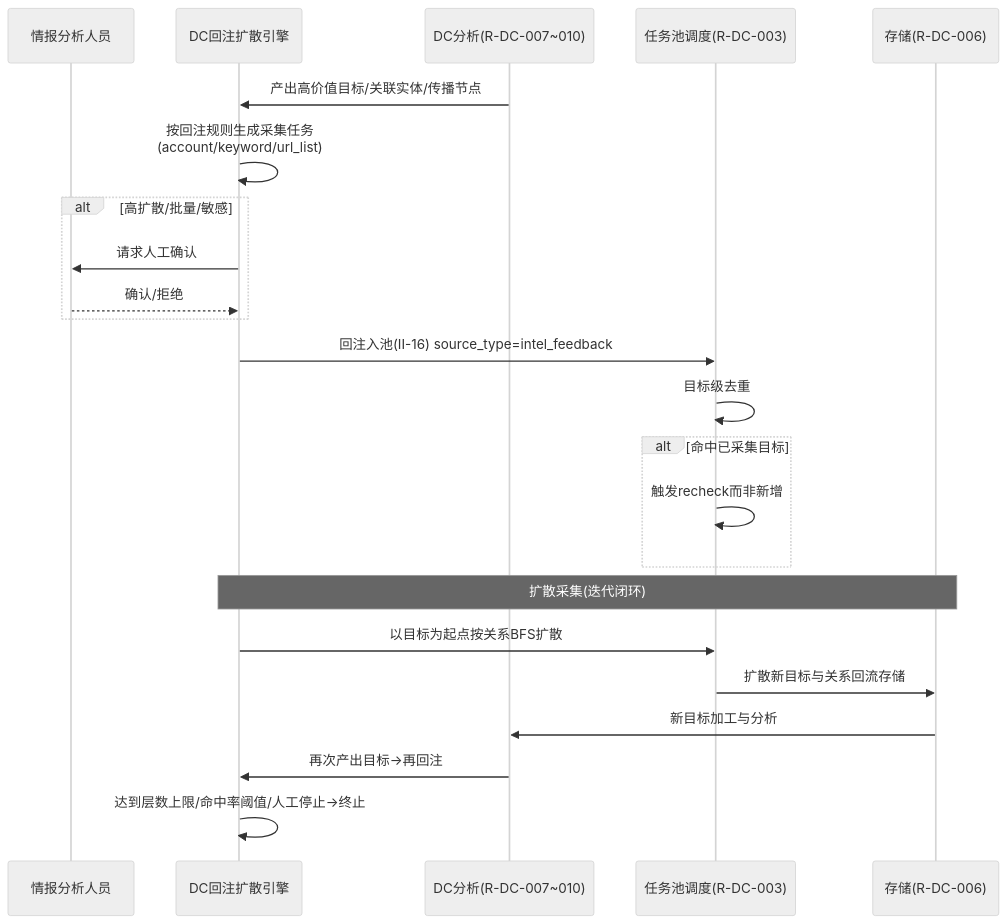
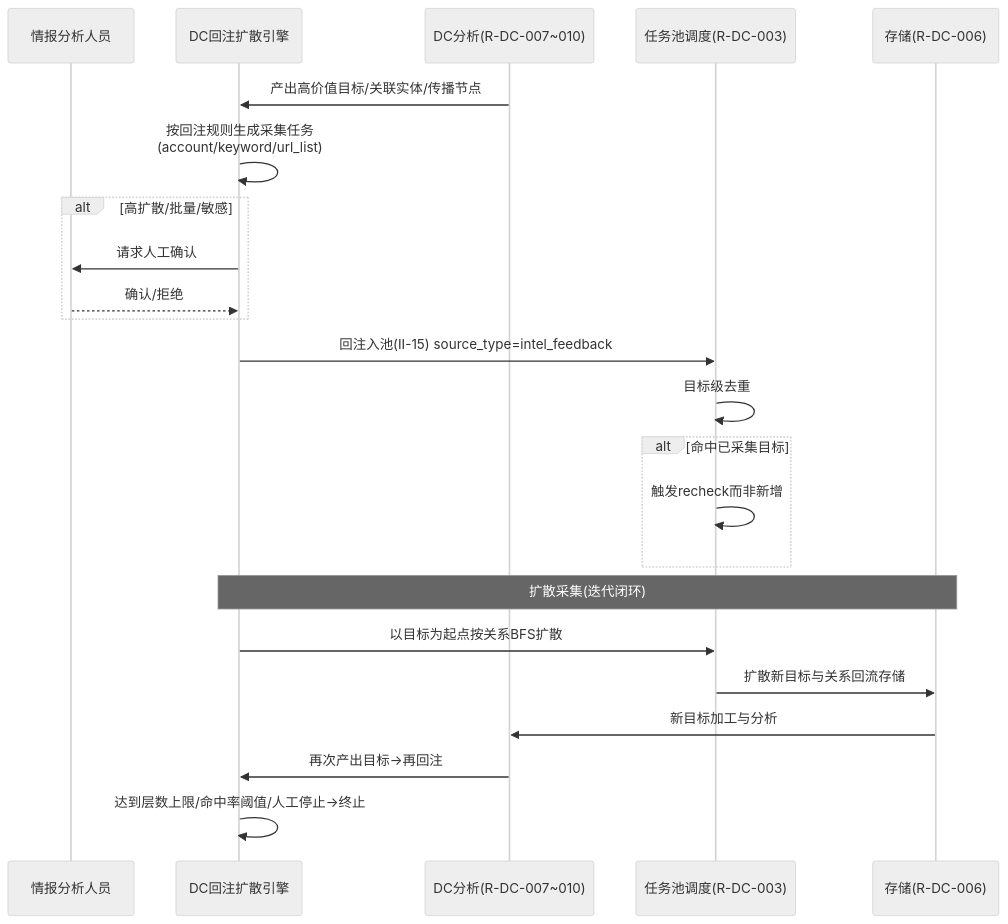
One commit to Sj-g/obsidian changed the eighth of 15 diagrams in 公司项目/认知作战/文档/软件需求规格说明.md. Above: the diagram before and after it, drawn with Mermaid (neutral theme). The commit also changed other lines of this file, not shown here.

````diff
--- a/公司项目/认知作战/文档/软件需求规格说明.md
+++ b/公司项目/认知作战/文档/软件需求规格说明.md
@@ -799,25 +799,25 @@
 ```mermaid
 sequenceDiagram
   participant 分析员 as 情报分析人员
   participant DC as DC回注扩散引擎
   participant 分析 as DC分析(R-DC-007~010)
   participant 任务池 as 任务池调度(R-DC-003)
   participant 存储 as 存储(R-DC-006)
   分析->>DC: 产出高价值目标/关联实体/传播节点
   DC->>DC: 按回注规则生成采集任务<br/>(account/keyword/url_list)
   alt 高扩散/批量/敏感
     DC->>分析员: 请求人工确认
     分析员-->>DC: 确认/拒绝
   end
-  DC->>任务池: 回注入池(II-16) source_type=intel_feedback
+  DC->>任务池: 回注入池(II-15) source_type=intel_feedback
   任务池->>任务池: 目标级去重
   alt 命中已采集目标
     任务池->>任务池: 触发recheck而非新增
   end
   Note over DC,存储: 扩散采集(迭代闭环)
   DC->>任务池: 以目标为起点按关系BFS扩散
   任务池->>存储: 扩散新目标与关系回流存储
   存储->>分析: 新目标加工与分析
   分析->>DC: 再次产出目标→再回注
   DC->>DC: 达到层数上限/命中率阈值/人工停止→终止
 ```
````
